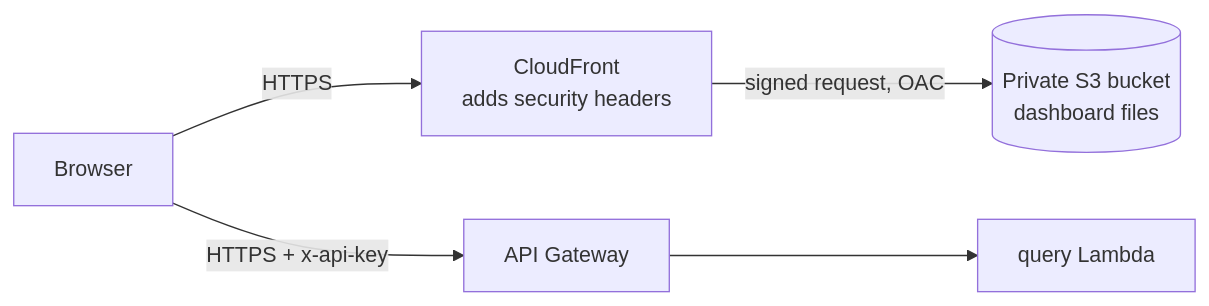
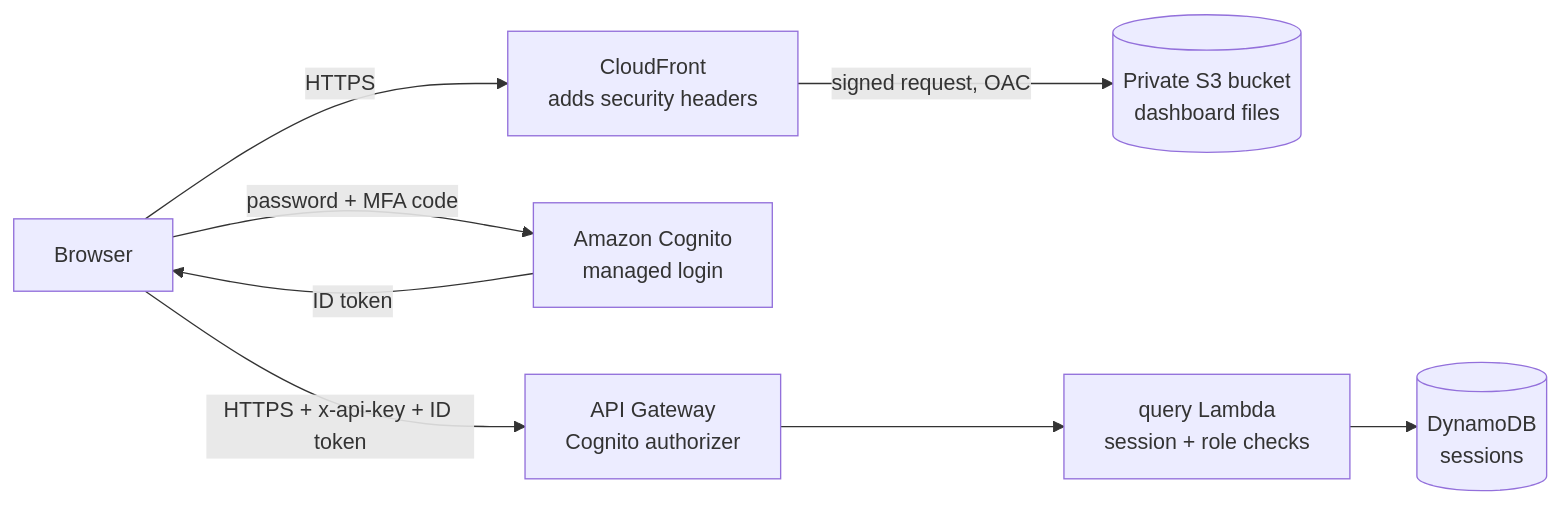
One commit to nolwazi-hlongwane/fintrust-risk-system changed the diagram in docs/dashboard.md. Above: the diagram before and after it, drawn with Mermaid. The commit also changed other lines of this file and 13 other files, not shown here.

First line of the commit message:
docs: record Week 15 Day 2 sign-in, roles, sessions, sorting and diagrams

````diff
--- a/docs/dashboard.md
+++ b/docs/dashboard.md
@@ -65,7 +110,10 @@
 ```mermaid
 flowchart LR
     B[Browser] -->|HTTPS| CF[CloudFront<br/>adds security headers]
     CF -->|signed request, OAC| S3[(Private S3 bucket<br/>dashboard files)]
-    B -->|HTTPS + x-api-key| API[API Gateway]
-    API --> Q[query Lambda]
+    B -->|password + MFA code| COG[Amazon Cognito<br/>managed login]
+    COG -->|ID token| B
+    B -->|HTTPS + x-api-key + ID token| API[API Gateway<br/>Cognito authorizer]
+    API --> Q[query Lambda<br/>session + role checks]
+    Q --> SESS[(DynamoDB<br/>sessions)]
 ```
````
